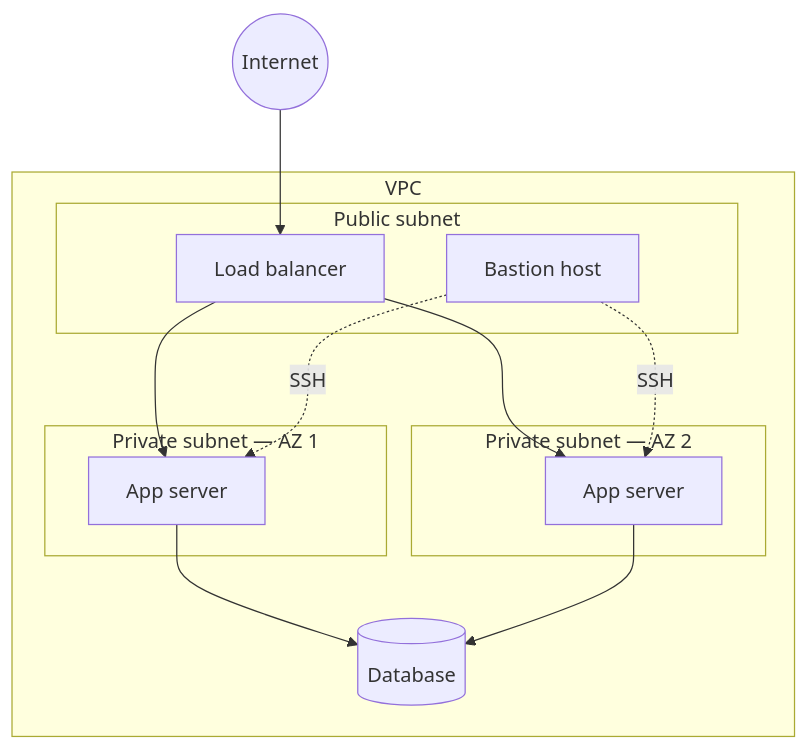
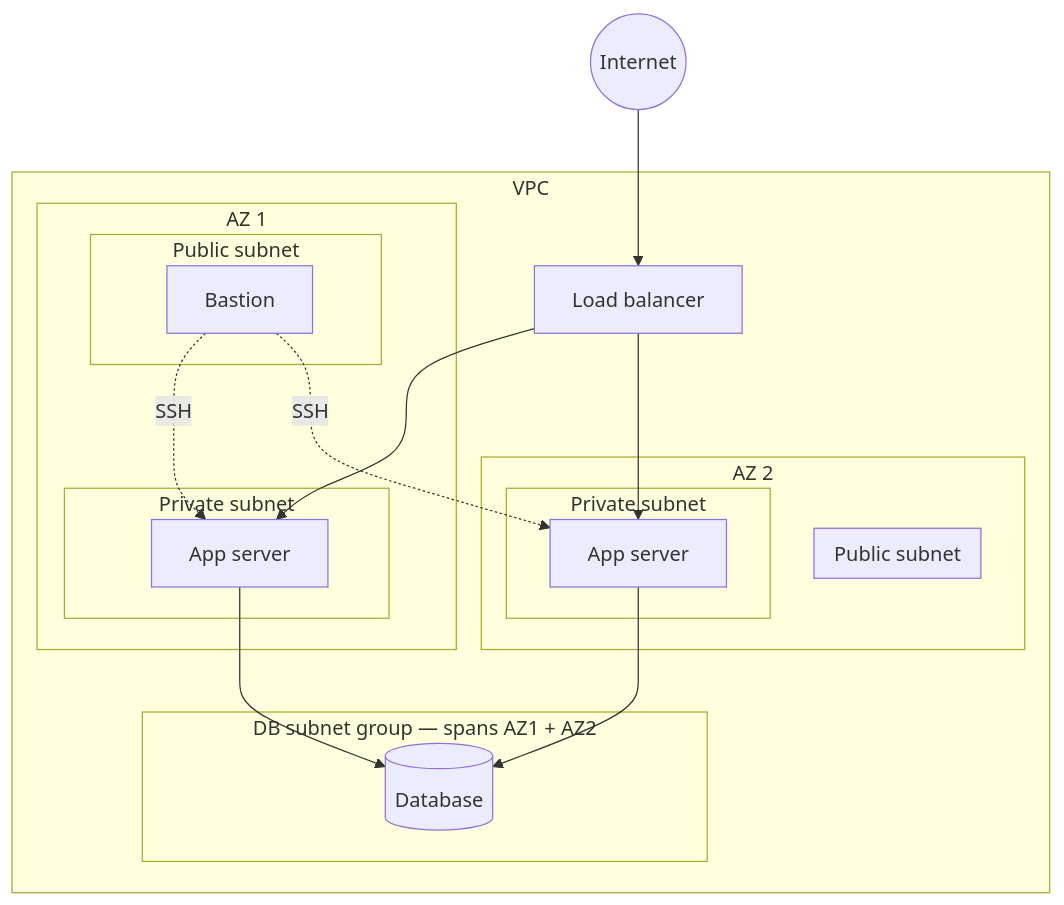
The second of 2 diagrams in README.md (Duna-Devo/Cloud-devops-portfolio), drawn with Mermaid before and after one commit.

Commit message:
Refine Stage 1 diagram

````diff
--- a/README.md
+++ b/README.md
@@ -52,23 +52,31 @@
 ```mermaid
 flowchart TB
     Internet((Internet)) --> LB[Load balancer]
     subgraph VPC
-        subgraph Public["Public subnet"]
-            LB
-            Bastion[Bastion host]
+        LB
+        subgraph AZ1["AZ 1"]
+            subgraph Pub1["Public subnet"]
+                Bastion[Bastion]
+            end
+            subgraph Priv1["Private subnet"]
+                App1[App server]
+            end
         end
-        subgraph AZ1["Private subnet — AZ 1"]
-            App1[App server]
+        subgraph AZ2["AZ 2"]
+            subgraph Pub2["Public subnet"]
+            end
+            subgraph Priv2["Private subnet"]
+                App2[App server]
+            end
         end
-        subgraph AZ2["Private subnet — AZ 2"]
-            App2[App server]
+        subgraph DBSubnet["DB subnet group — spans AZ1 + AZ2"]
+            DB[(Database)]
         end
-        DB[(Database)]
     end
     LB --> App1
     LB --> App2
     Bastion -.SSH.-> App1
     Bastion -.SSH.-> App2
     App1 --> DB
     App2 --> DB
 ```
````
